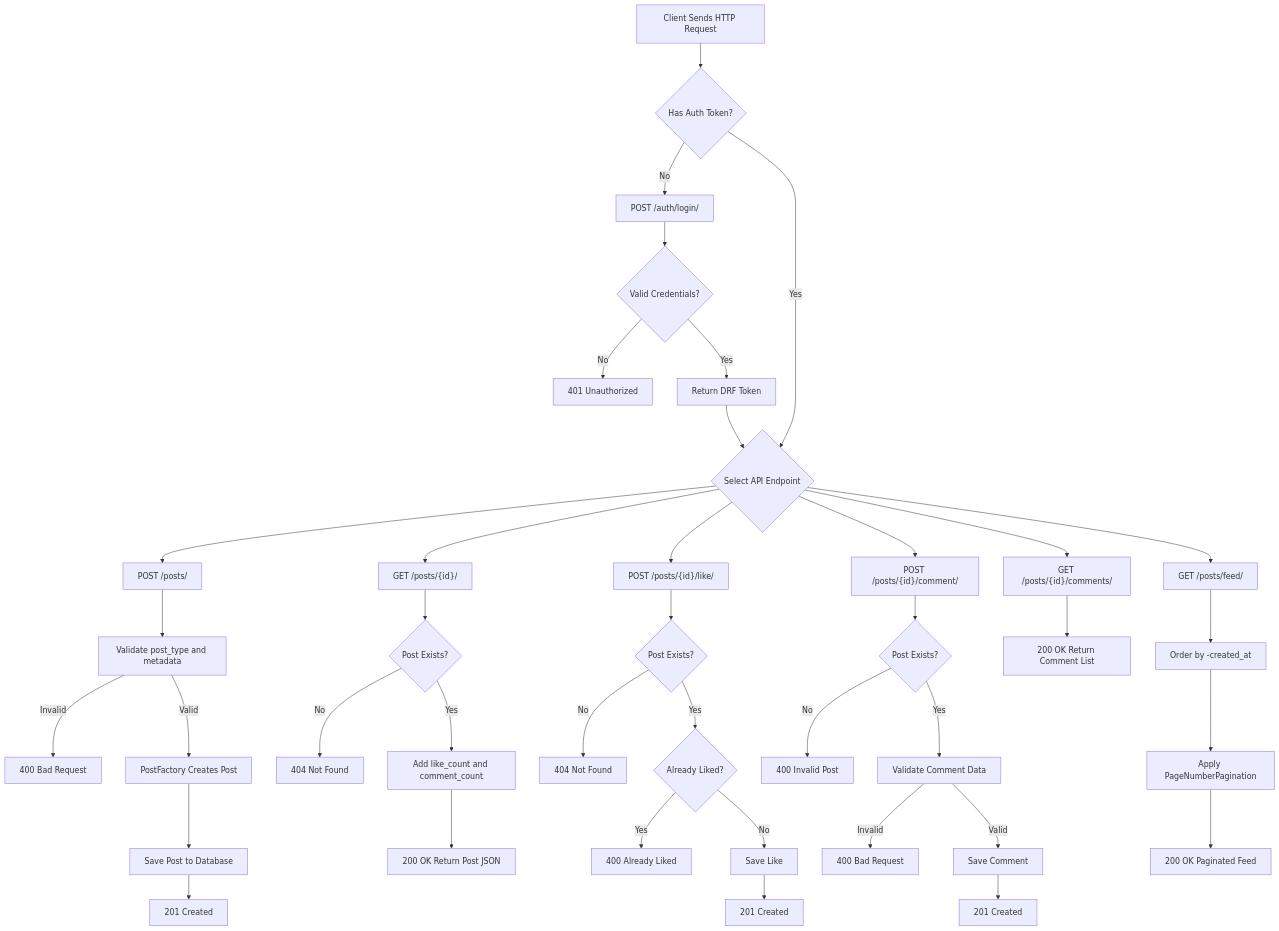
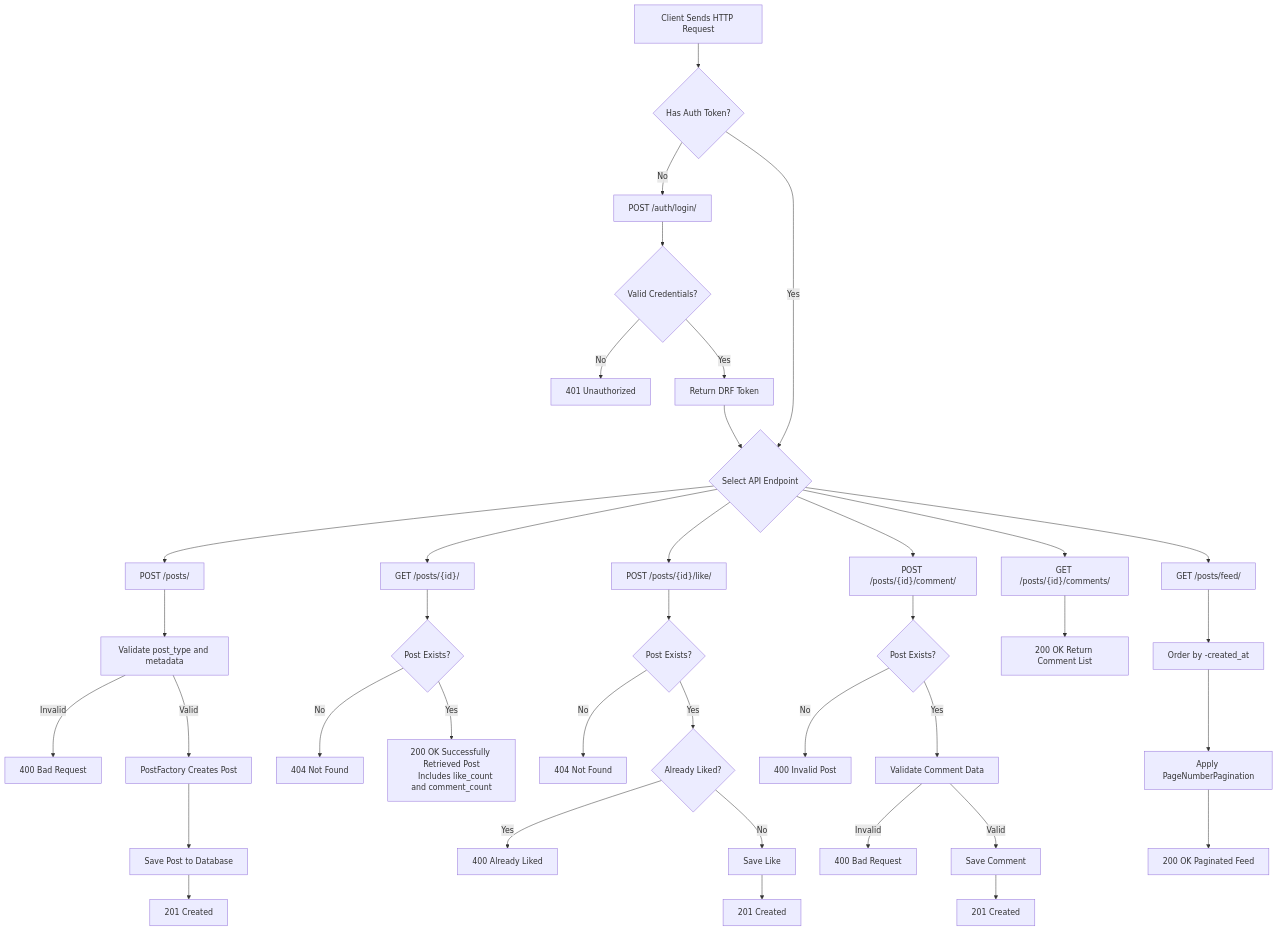
The second of 5 diagrams in README.md (Mihoqr/connectly-rest-api), drawn with Mermaid before and after one commit.

Commit message:
Update CRUD operations flow in readme

````diff
--- a/README.md
+++ b/README.md
@@ -197,64 +197,64 @@
 ```mermaid
 flowchart TD
 
     START[Client Sends HTTP Request] --> AUTH{Has Auth Token?}
 
     %% ================= AUTH =================
 
     AUTH -->|No| LOGIN["POST /auth/login/"]
     LOGIN --> VALID{Valid Credentials?}
     VALID -->|No| ERR401["401 Unauthorized"]
     VALID -->|Yes| TOKEN["Return DRF Token"]
 
     AUTH -->|Yes| ACTION
     TOKEN --> ACTION{Select API Endpoint}
 
     %% ================= CREATE POST =================
 
     ACTION --> CP["POST /posts/"]
     CP --> CPV[Validate post_type and metadata]
     CPV -->|Invalid| ERR400A["400 Bad Request"]
     CPV -->|Valid| FACTORY[PostFactory Creates Post]
     FACTORY --> SAVEPOST[Save Post to Database]
     SAVEPOST --> RES201["201 Created"]
 
     %% ================= GET SINGLE POST =================
 
     ACTION --> GP["GET /posts/{id}/"]
     GP --> GPC{Post Exists?}
     GPC -->|No| ERR404A["404 Not Found"]
-    GPC -->|Yes| ADDCOUNT[Add like_count and comment_count]
-    ADDCOUNT --> RES200A["200 OK Return Post JSON"]
+    GPC -->|Yes| SUCCESSPOST["200 OK Successfully Retrieved Post
+    Includes like_count and comment_count"]
 
     %% ================= LIKE POST =================
 
     ACTION --> LP["POST /posts/{id}/like/"]
     LP --> LPC{Post Exists?}
     LPC -->|No| ERR404B["404 Not Found"]
     LPC -->|Yes| DUP{Already Liked?}
     DUP -->|Yes| ERR400B["400 Already Liked"]
     DUP -->|No| SAVELIKE[Save Like]
     SAVELIKE --> RES201B["201 Created"]
 
     %% ================= COMMENT POST =================
 
     ACTION --> CM["POST /posts/{id}/comment/"]
     CM --> CMC{Post Exists?}
     CMC -->|No| ERR400C["400 Invalid Post"]
     CMC -->|Yes| VALIDC[Validate Comment Data]
     VALIDC -->|Invalid| ERR400D["400 Bad Request"]
     VALIDC -->|Valid| SAVECOM[Save Comment]
     SAVECOM --> RES201C["201 Created"]
 
     %% ================= GET COMMENTS =================
 
     ACTION --> GC["GET /posts/{id}/comments/"]
     GC --> RES200B["200 OK Return Comment List"]
 
     %% ================= FEED =================
 
     ACTION --> FEED["GET /posts/feed/"]
     FEED --> SORT[Order by -created_at]
     SORT --> PAGINATE[Apply PageNumberPagination]
     PAGINATE --> RES200C["200 OK Paginated Feed"]
 ```
````
